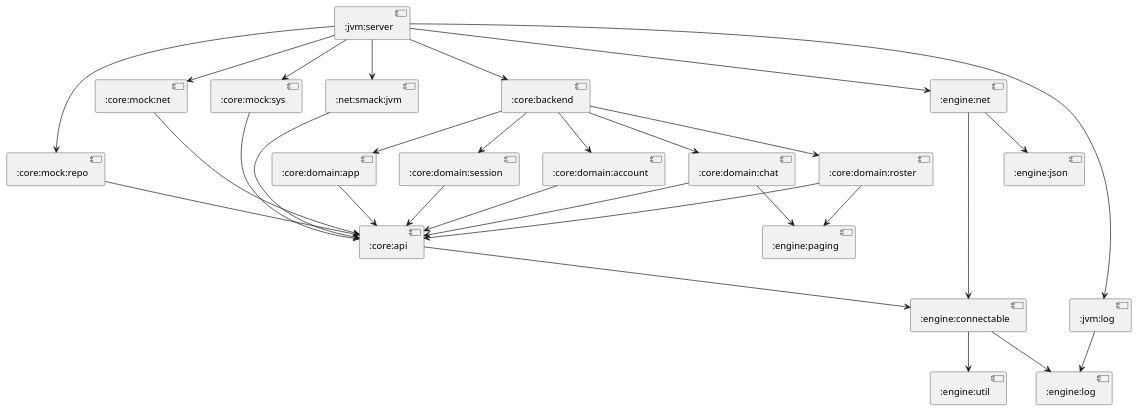
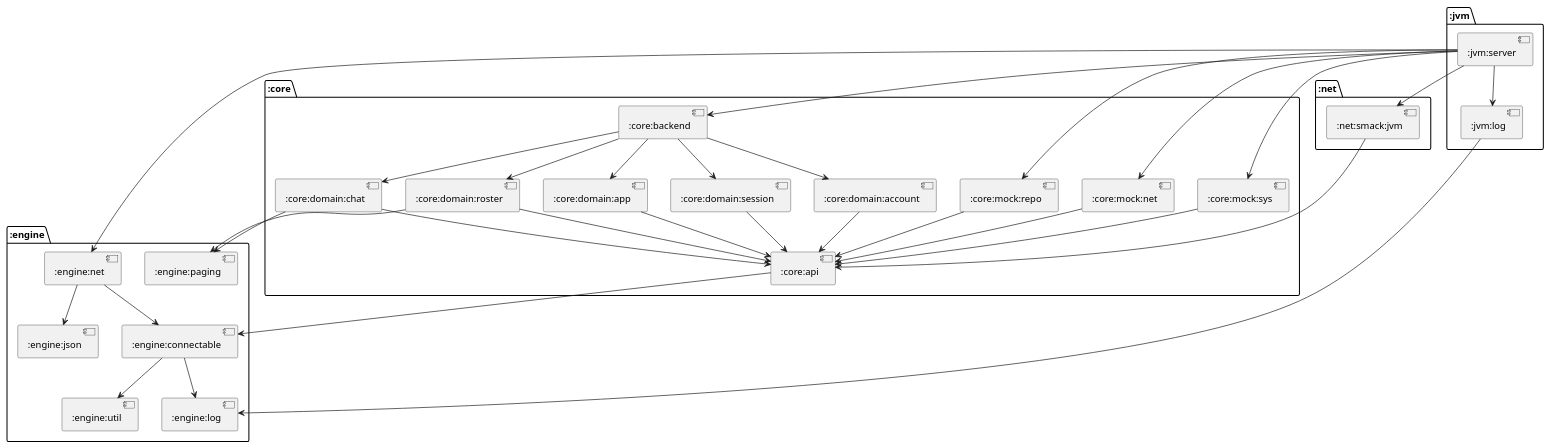
Before and after one commit to cryptopunkscc/crypton: the diagram in docs/modules/puml/:jvm:server.puml, drawn with PlantUML. The commit also changed 9 other files, not shown here.

Commit message:
Group modules in uml

```diff
--- a/docs/modules/puml/:jvm:server.puml
+++ b/docs/modules/puml/:jvm:server.puml
@@ -1,31 +1,58 @@
 @startuml
+package ":core" {
+[:core:mock:repo]
+[:core:mock:net]
+[:core:mock:sys]
+[:core:backend]
+[:core:api]
+[:core:domain:app]
+[:core:domain:session]
+[:core:domain:account]
+[:core:domain:chat]
+[:core:domain:roster]
+}
+package ":net" {
+[:net:smack:jvm]
+}
+package ":engine" {
+[:engine:net]
+[:engine:connectable]
+[:engine:util]
+[:engine:log]
+[:engine:paging]
+[:engine:json]
+}
+package ":jvm" {
+[:jvm:log]
+[:jvm:server]
+}
 [:core:mock:repo] --> [:core:api]
 [:core:mock:net] --> [:core:api]
 [:core:mock:sys] --> [:core:api]
 [:net:smack:jvm] --> [:core:api]
 [:core:backend] --> [:core:domain:app]
 [:core:backend] --> [:core:domain:session]
 [:core:backend] --> [:core:domain:account]
 [:core:backend] --> [:core:domain:chat]
 [:core:backend] --> [:core:domain:roster]
 [:engine:net] --> [:engine:connectable]
 [:engine:net] --> [:engine:json]
 [:jvm:log] --> [:engine:log]
 [:core:api] --> [:engine:connectable]
 [:engine:connectable] --> [:engine:util]
 [:engine:connectable] --> [:engine:log]
 [:core:domain:app] --> [:core:api]
 [:core:domain:session] --> [:core:api]
 [:core:domain:account] --> [:core:api]
 [:core:domain:chat] --> [:engine:paging]
 [:core:domain:chat] --> [:core:api]
 [:core:domain:roster] --> [:engine:paging]
 [:core:domain:roster] --> [:core:api]
 [:jvm:server] --> [:core:mock:repo]
 [:jvm:server] --> [:core:mock:net]
 [:jvm:server] --> [:core:mock:sys]
 [:jvm:server] --> [:net:smack:jvm]
 [:jvm:server] --> [:core:backend]
 [:jvm:server] --> [:engine:net]
 [:jvm:server] --> [:jvm:log]
 @enduml
```
